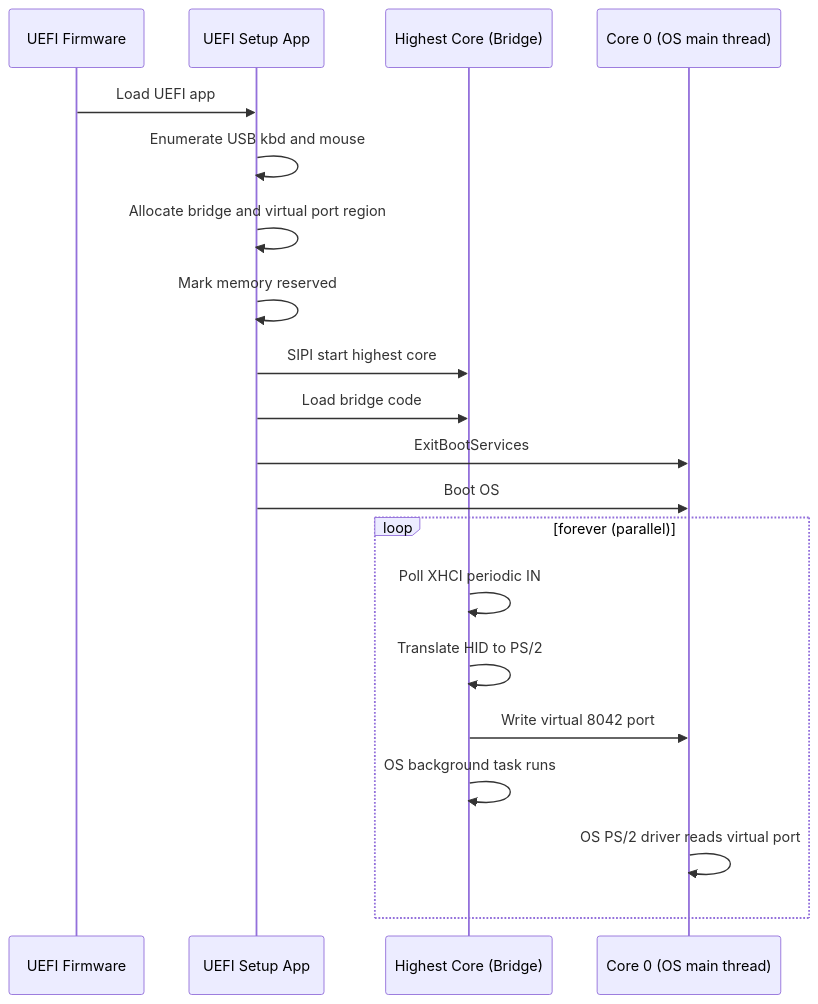
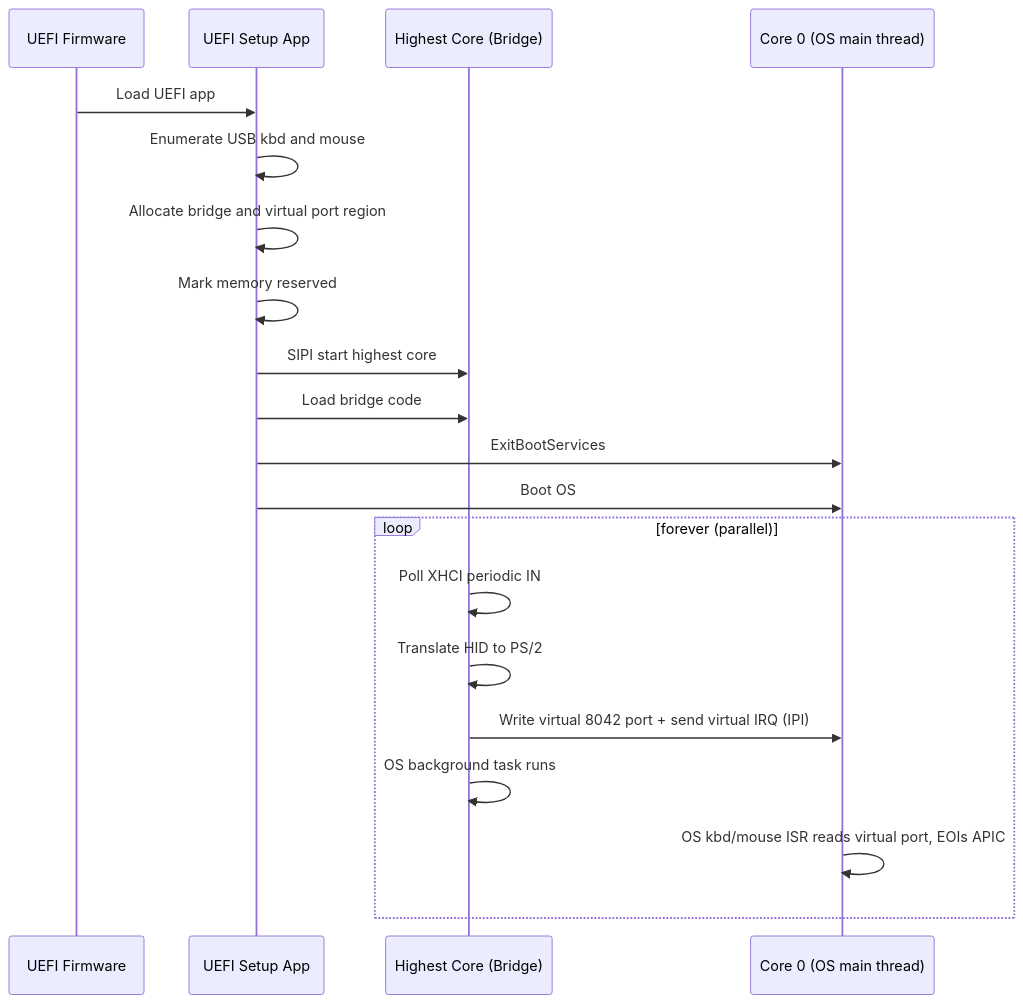
Before and after one commit to matjp/USB-Serial-Bridge: the second of 2 diagrams in docs/architecture.md, drawn with Mermaid. The commit also changed other lines of this file and 5 other files, not shown here.

First line of the commit message:
virtual IRQ + virtual ports: deliver virtual interrupt to OS ISR path

````diff
--- a/docs/architecture.md
+++ b/docs/architecture.md
@@ -340,22 +376,22 @@
 ```mermaid
 sequenceDiagram
     participant FW as UEFI Firmware
     participant APP as UEFI Setup App
     participant CN as Highest Core (Bridge)
     participant C0 as Core 0 (OS main thread)
     FW->>APP: Load UEFI app
     APP->>APP: Enumerate USB kbd and mouse
     APP->>APP: Allocate bridge and virtual port region
     APP->>APP: Mark memory reserved
     APP->>CN: SIPI start highest core
     APP->>CN: Load bridge code
     APP->>C0: ExitBootServices
     APP->>C0: Boot OS
     loop forever (parallel)
         CN->>CN: Poll XHCI periodic IN
         CN->>CN: Translate HID to PS/2
-        CN->>C0: Write virtual 8042 port
+        CN->>C0: Write virtual 8042 port + send virtual IRQ (IPI)
         CN->>CN: OS background task runs
-        C0->>C0: OS PS/2 driver reads virtual port
+        C0->>C0: OS kbd/mouse ISR reads virtual port, EOIs APIC
     end
 ```
````
